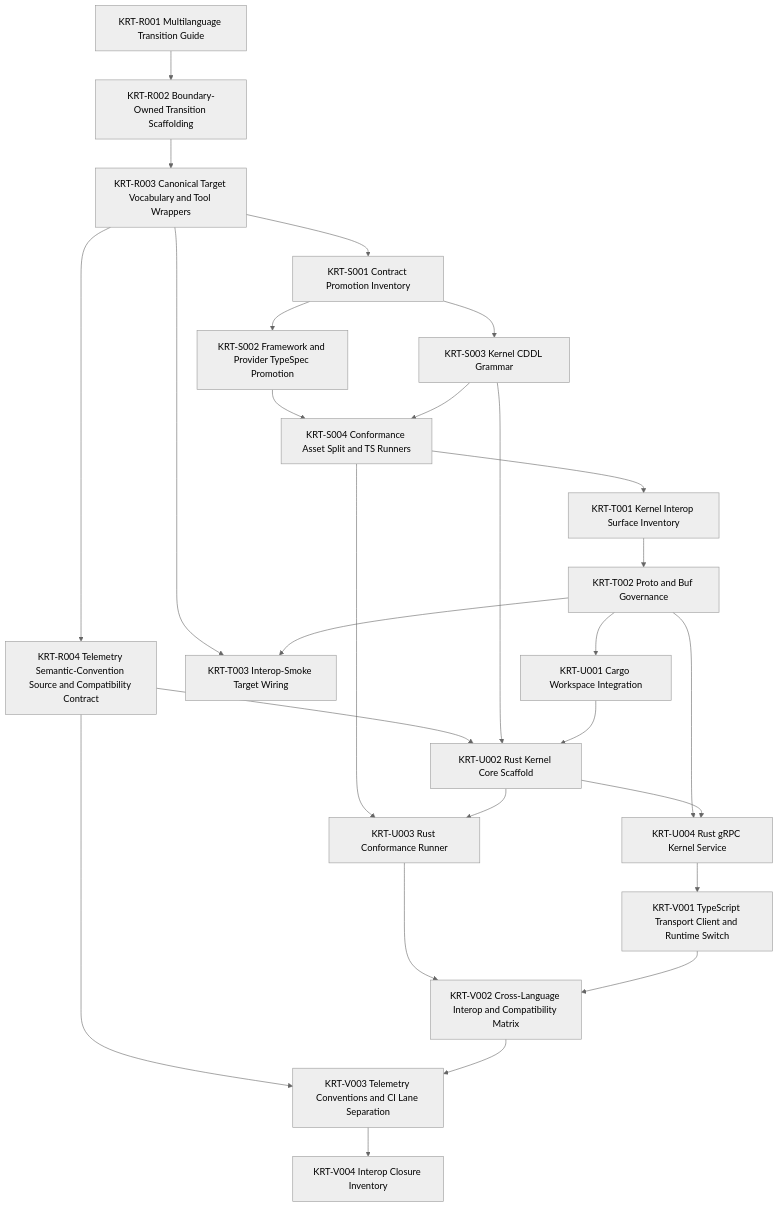
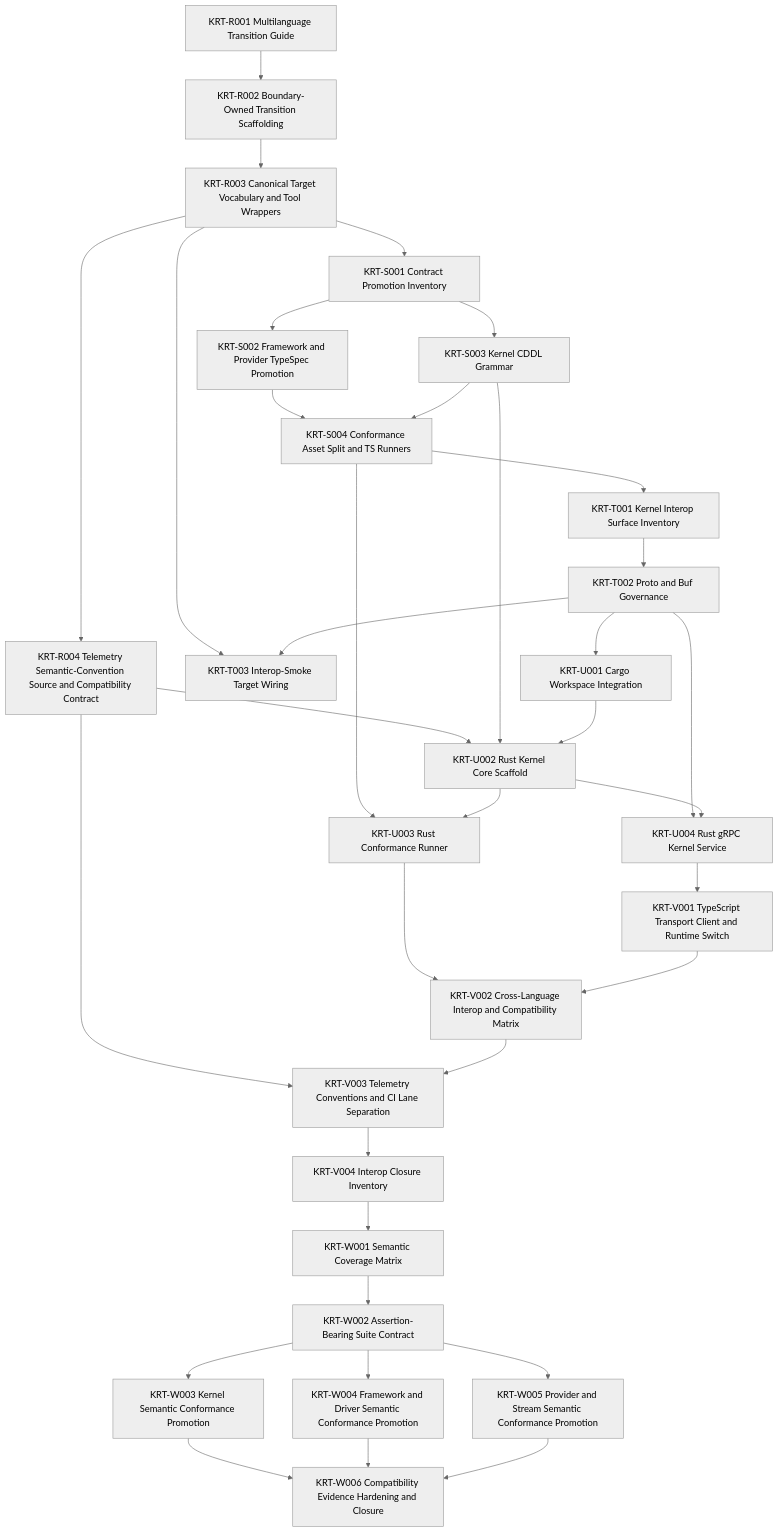
One commit to Tuvren/framework changed the diagram in constitution/Tasks.md. Above: the diagram before and after it, drawn with Mermaid (neutral theme). The commit also changed other lines of this file and 2 other files, not shown here.

Commit message:
Reframe Epic W around semantic maturity

````diff
--- a/constitution/Tasks.md
+++ b/constitution/Tasks.md
@@ -79,29 +77,37 @@
 ```mermaid
 flowchart TD
   KRTR001[KRT-R001 Multilanguage Transition Guide] --> KRTR002[KRT-R002 Boundary-Owned Transition Scaffolding]
   KRTR002 --> KRTR003[KRT-R003 Canonical Target Vocabulary and Tool Wrappers]
   KRTR003 --> KRTR004[KRT-R004 Telemetry Semantic-Convention Source and Compatibility Contract]
   KRTR003 --> KRTS001[KRT-S001 Contract Promotion Inventory]
   KRTS001 --> KRTS002[KRT-S002 Framework and Provider TypeSpec Promotion]
   KRTS001 --> KRTS003[KRT-S003 Kernel CDDL Grammar]
   KRTS002 --> KRTS004[KRT-S004 Conformance Asset Split and TS Runners]
   KRTS003 --> KRTS004
   KRTS004 --> KRTT001[KRT-T001 Kernel Interop Surface Inventory]
   KRTT001 --> KRTT002[KRT-T002 Proto and Buf Governance]
   KRTR003 --> KRTT003[KRT-T003 Interop-Smoke Target Wiring]
   KRTT002 --> KRTT003
   KRTT002 --> KRTU001[KRT-U001 Cargo Workspace Integration]
   KRTR004 --> KRTU002[KRT-U002 Rust Kernel Core Scaffold]
   KRTS003 --> KRTU002[KRT-U002 Rust Kernel Core Scaffold]
   KRTU001 --> KRTU002
   KRTS004 --> KRTU003[KRT-U003 Rust Conformance Runner]
   KRTU002 --> KRTU003
   KRTT002 --> KRTU004[KRT-U004 Rust gRPC Kernel Service]
   KRTU002 --> KRTU004
   KRTU004 --> KRTV001[KRT-V001 TypeScript Transport Client and Runtime Switch]
   KRTU003 --> KRTV002[KRT-V002 Cross-Language Interop and Compatibility Matrix]
   KRTV001 --> KRTV002
   KRTR004 --> KRTV003[KRT-V003 Telemetry Conventions and CI Lane Separation]
   KRTV002 --> KRTV003
   KRTV003 --> KRTV004[KRT-V004 Interop Closure Inventory]
+  KRTV004 --> KRTW001[KRT-W001 Semantic Coverage Matrix]
+  KRTW001 --> KRTW002[KRT-W002 Assertion-Bearing Suite Contract]
+  KRTW002 --> KRTW003[KRT-W003 Kernel Semantic Conformance Promotion]
+  KRTW002 --> KRTW004[KRT-W004 Framework and Driver Semantic Conformance Promotion]
+  KRTW002 --> KRTW005[KRT-W005 Provider and Stream Semantic Conformance Promotion]
+  KRTW003 --> KRTW006[KRT-W006 Compatibility Evidence Hardening and Closure]
+  KRTW004 --> KRTW006
+  KRTW005 --> KRTW006
 ```
````
